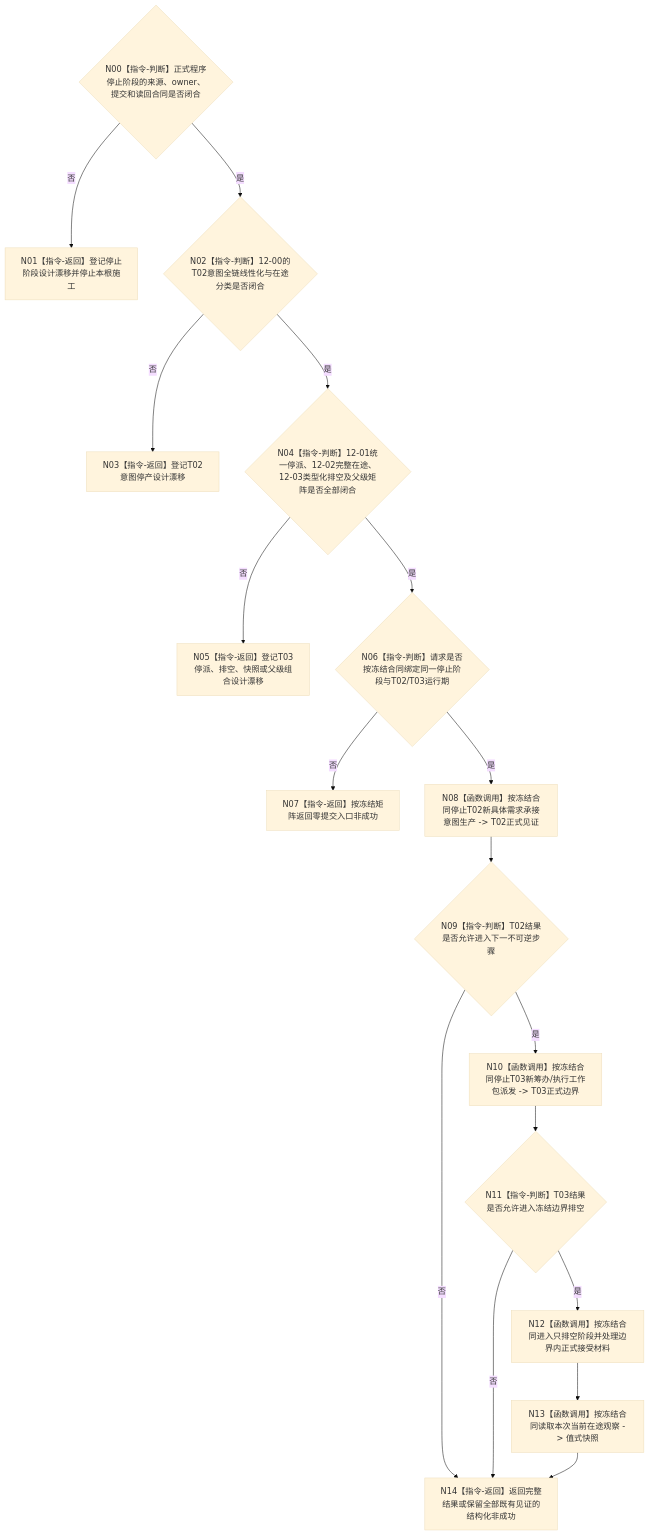
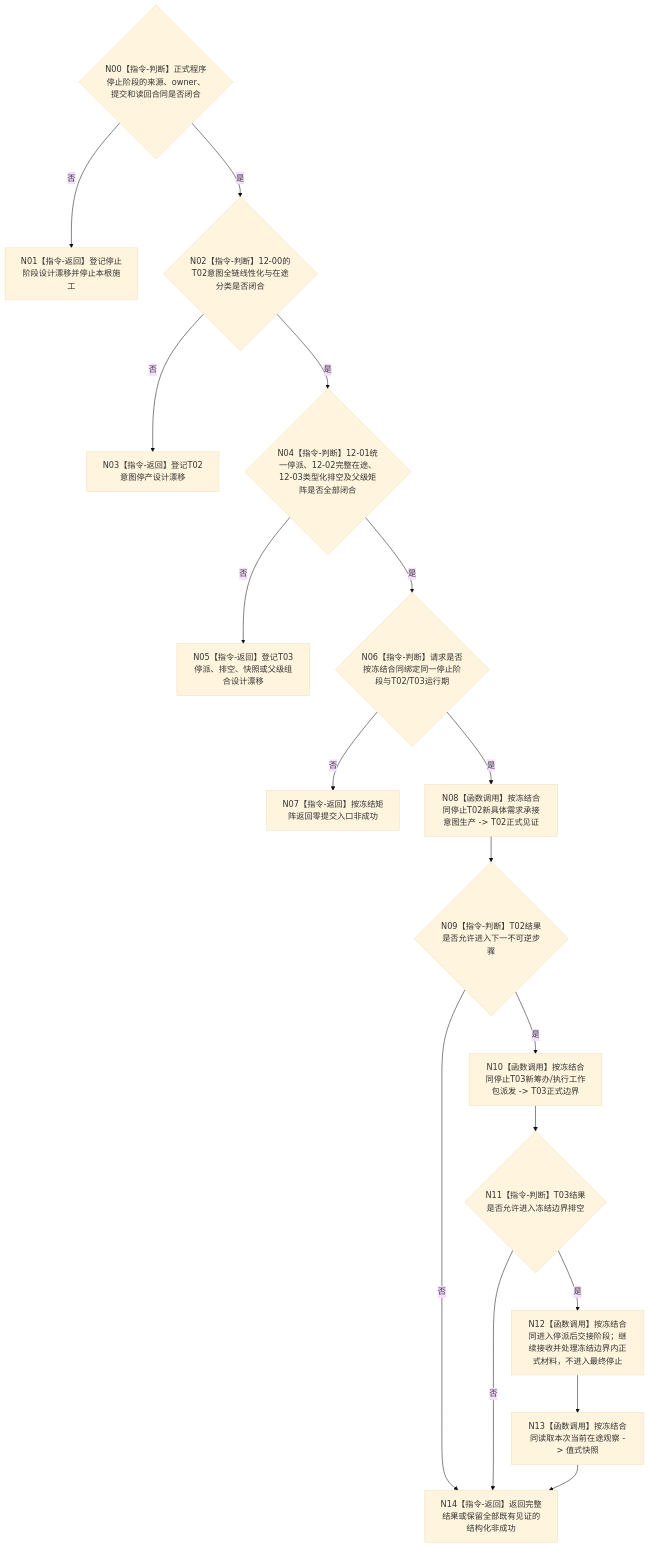
Before and after one commit to chunhaizh-cyber/HY-Ego: the diagram in 流程图/目标业务流程图/L2/BIZ-L2-001-12_停止自我新任务意图并冻结任务工作包派发_目标函数流程图_v0.2.md, drawn with Mermaid (base theme). The commit also changed other lines of this file and 6 other files, not shown here.

````diff
--- a/流程图/目标业务流程图/L2/BIZ-L2-001-12_停止自我新任务意图并冻结任务工作包派发_目标函数流程图_v0.2.md
+++ b/流程图/目标业务流程图/L2/BIZ-L2-001-12_停止自我新任务意图并冻结任务工作包派发_目标函数流程图_v0.2.md
@@ -32,31 +32,31 @@
 ```mermaid
 flowchart TD
     N00{"N00【指令-判断】正式程序停止阶段的来源、owner、提交和读回合同是否闭合"}
     N01["N01【指令-返回】登记停止阶段设计漂移并停止本根施工"]
     N02{"N02【指令-判断】12-00的T02意图全链线性化与在途分类是否闭合"}
     N03["N03【指令-返回】登记T02意图停产设计漂移"]
     N04{"N04【指令-判断】12-01统一停派、12-02完整在途、12-03类型化排空及父级矩阵是否全部闭合"}
     N05["N05【指令-返回】登记T03停派、排空、快照或父级组合设计漂移"]
     N06{"N06【指令-判断】请求是否按冻结合同绑定同一停止阶段与T02/T03运行期"}
     N07["N07【指令-返回】按冻结矩阵返回零提交入口非成功"]
     N08["N08【函数调用】按冻结合同停止T02新具体需求承接意图生产 -> T02正式见证"]
     N09{"N09【指令-判断】T02结果是否允许进入下一不可逆步骤"}
     N10["N10【函数调用】按冻结合同停止T03新筹办/执行工作包派发 -> T03正式边界"]
     N11{"N11【指令-判断】T03结果是否允许进入冻结边界排空"}
-    N12["N12【函数调用】按冻结合同进入只排空阶段并处理边界内正式接受材料"]
+    N12["N12【函数调用】按冻结合同进入停派后交接阶段；继续接收并处理冻结边界内正式材料，不进入最终停止"]
     N13["N13【函数调用】按冻结合同读取本次当前在途观察 -> 值式快照"]
     N14["N14【指令-返回】返回完整结果或保留全部既有见证的结构化非成功"]
 
     N00 -->|否| N01
     N00 -->|是| N02
     N02 -->|否| N03
     N02 -->|是| N04
     N04 -->|否| N05
     N04 -->|是| N06
     N06 -->|否| N07
     N06 -->|是| N08 --> N09
     N09 -->|否| N14
     N09 -->|是| N10 --> N11
     N11 -->|否| N14
     N11 -->|是| N12 --> N13 --> N14
 ```
````
